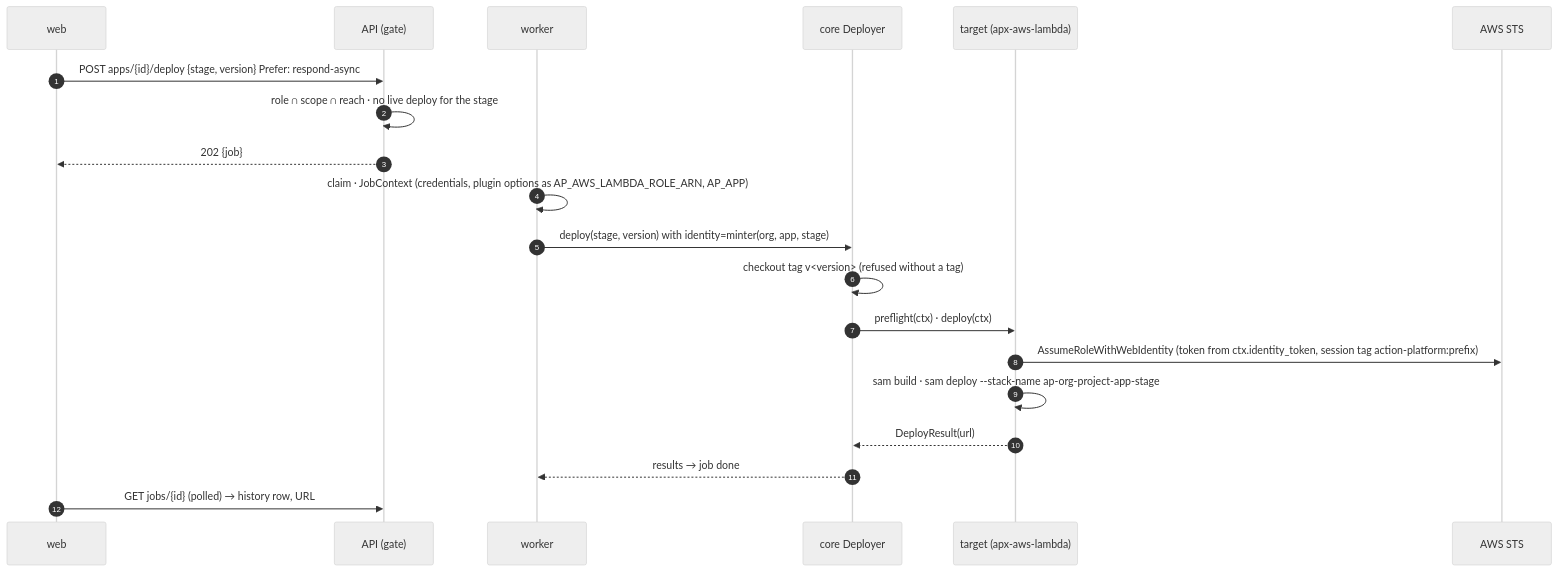
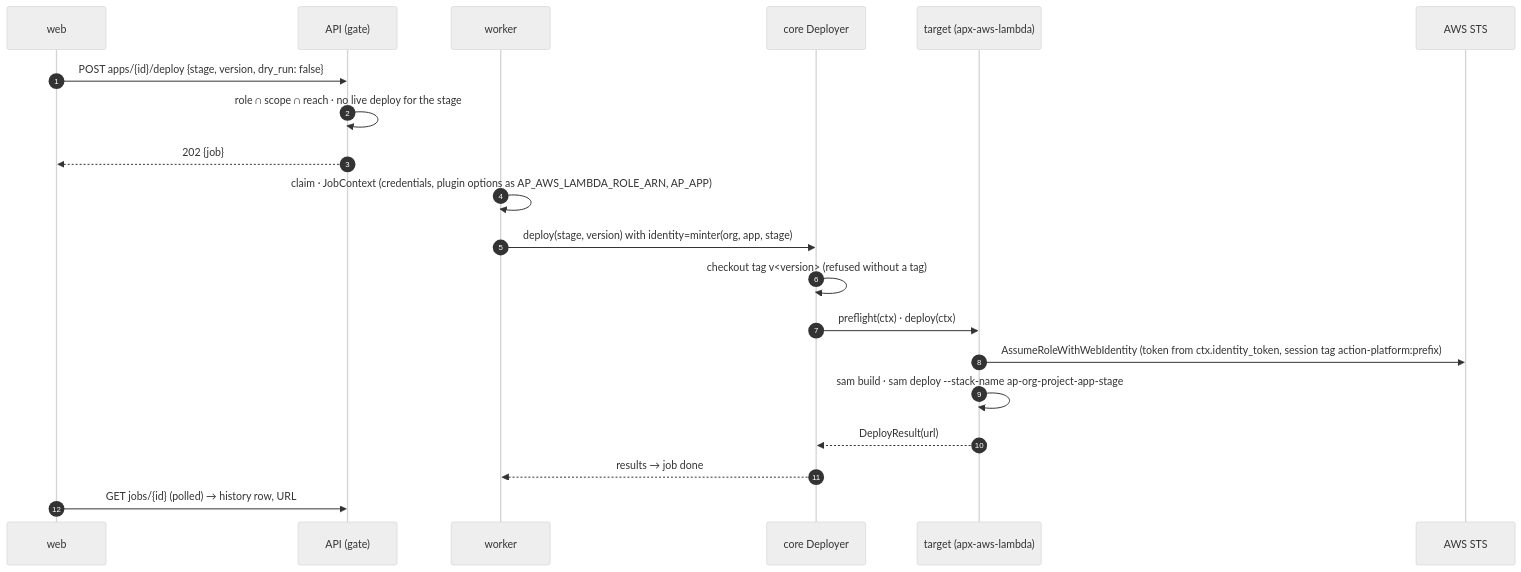
One commit to actionplatform/action-platform changed the third of 5 diagrams in docs/contribute_architecture.md. Above: the diagram before and after it, drawn with Mermaid (neutral theme). The commit also changed other lines of this file and 9 other files, not shown here.

Commit message:
feat(api)!: sync, push, release and deploy always run as jobs

````diff
--- a/docs/contribute_architecture.md
+++ b/docs/contribute_architecture.md
@@ -167,22 +167,22 @@
 ```mermaid
 sequenceDiagram
     autonumber
     participant U as web
     participant A as API (gate)
     participant W as worker
     participant L as core Deployer
     participant T as target (apx-aws-lambda)
     participant X as AWS STS
-    U->>A: POST apps/{id}/deploy {stage, version}  Prefer: respond-async
+    U->>A: POST apps/{id}/deploy {stage, version, dry_run: false}
     A->>A: role ∩ scope ∩ reach · no live deploy for the stage
     A-->>U: 202 {job}
     W->>W: claim · JobContext (credentials, plugin options as AP_AWS_LAMBDA_ROLE_ARN, AP_APP)
     W->>L: deploy(stage, version) with identity=minter(org, app, stage)
     L->>L: checkout tag v<version> (refused without a tag)
     L->>T: preflight(ctx) · deploy(ctx)
     T->>X: AssumeRoleWithWebIdentity (token from ctx.identity_token, session tag action-platform:prefix)
     T->>T: sam build · sam deploy --stack-name ap-org-project-app-stage
     T-->>L: DeployResult(url)
     L-->>W: results → job done
     U->>A: GET jobs/{id} (polled) → history row, URL
 ```
````
